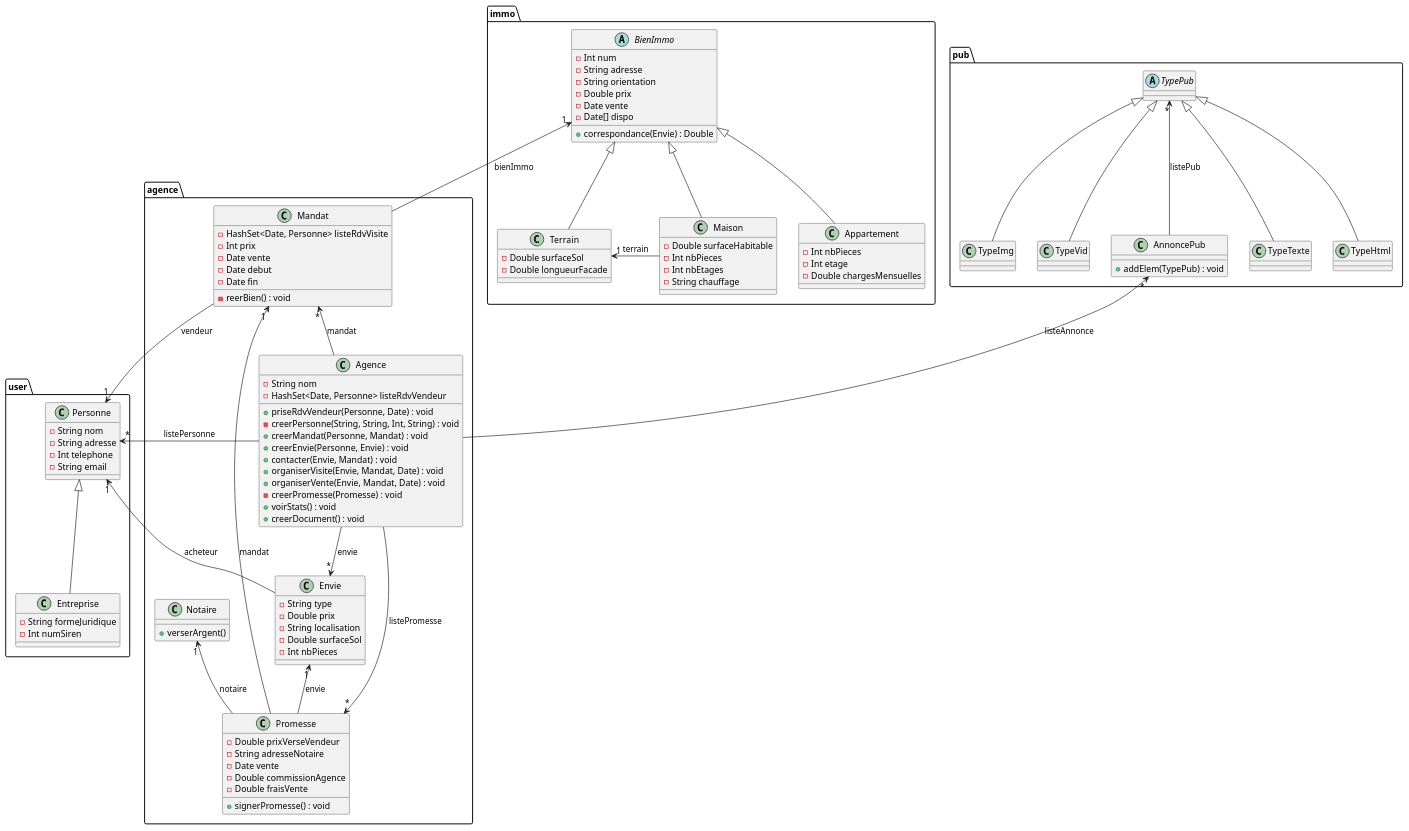
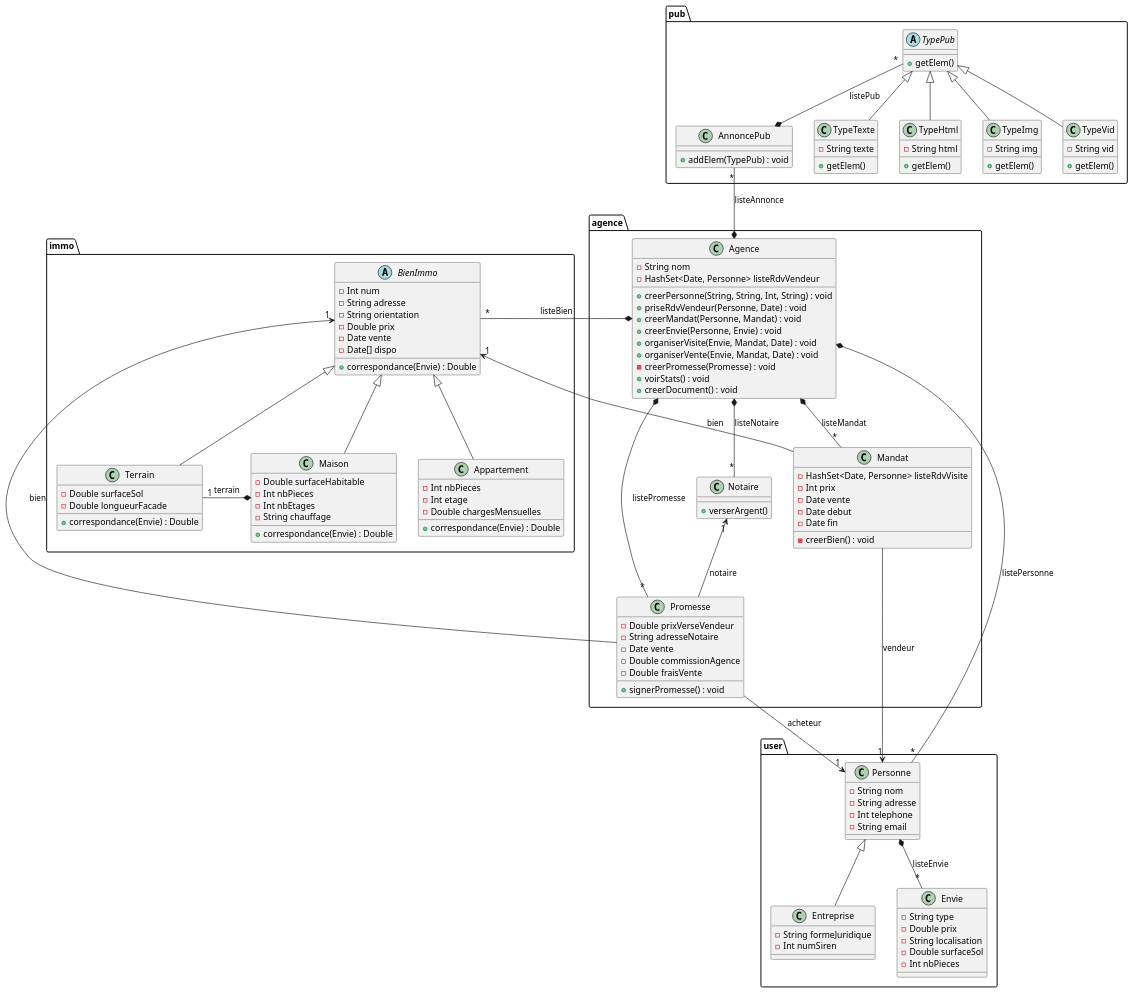
The diagram in DOC/UML/diagClass.plantuml (DenisGuiraudet/MIASHS_UML_PTUT), drawn with PlantUML before and after one commit. The commit also changed 2 other files, not shown here.

Commit message:
UML : class

```diff
--- a/DOC/UML/diagClass.plantuml
+++ b/DOC/UML/diagClass.plantuml
@@ -2,155 +2,168 @@
 @startuml
 
 package user {
 
   class Personne {
     -String nom
     -String adresse
     -Int telephone
     -String email
   }
 
   class Entreprise {
     -String formeJuridique
     -Int numSiren
   }
 
   Entreprise -up-|> Personne
 
-}
-
-package agence {
-
-  class Agence {
-    -String nom
-    -HashSet<Date, Personne> listeRdvVendeur
-    +priseRdvVendeur(Personne, Date) : void
-    -creerPersonne(String, String, Int, String) : void
-    +creerMandat(Personne, Mandat) : void
-    +creerEnvie(Personne, Envie) : void
-    +contacter(Envie, Mandat) : void
-    +organiserVisite(Envie, Mandat, Date) : void
-    +organiserVente(Envie, Mandat, Date) : void
-    -creerPromesse(Promesse) : void
-    +voirStats() : void
-    +creerDocument() : void
-  }
-
-  Personne "*"<-- Agence : "listePersonne"
-
   class Envie {
     -String type
     -Double prix
     -String localisation
     -Double surfaceSol
     -Int nbPieces
   }
 
+  Personne *--"*" Envie : "listeEnvie"
+
+}
+
+package agence {
+
+  class Agence {
+    -String nom
+    -HashSet<Date, Personne> listeRdvVendeur
+    +creerPersonne(String, String, Int, String) : void
+    +priseRdvVendeur(Personne, Date) : void
+    +creerMandat(Personne, Mandat) : void
+    +creerEnvie(Personne, Envie) : void
+    +organiserVisite(Envie, Mandat, Date) : void
+    +organiserVente(Envie, Mandat, Date) : void
+    -creerPromesse(Promesse) : void
+    +voirStats() : void
+    +creerDocument() : void
+  }
+
+  Personne "*"-left-* Agence : "listePersonne"
+
   class Mandat {
     -HashSet<Date, Personne> listeRdvVisite
     -Int prix
     -Date vente
     -Date debut
     -Date fin
-    - reerBien() : void
+    -creerBien() : void
   }
-
-  Agence -up->"*" Mandat : "mandat"
-  Agence -->"*" Envie : "envie"
-
-  Envie -->"1" Personne : "acheteur"
-  Mandat -->"1" Personne : "vendeur"
 
   class Promesse {
     -Double prixVerseVendeur
     -String adresseNotaire
     -Date vente
     -Double commissionAgence
     -Double fraisVente
     +signerPromesse() : void
   }
 
-  Agence -->"*" Promesse : "listePromesse"
-  Mandat "1"<-- Promesse : "mandat"
-  Envie "1"<-- Promesse : "envie"
+  Agence *--"*" Mandat : "listeMandat"
+  Agence *--"*" Promesse : "listePromesse"
+
+  Mandat -->"1" Personne : "vendeur"
+  Promesse -->"1" Personne : "acheteur"
 
   class Notaire {
     +verserArgent()
   }
+
+  Agence *--"*" Notaire : "listeNotaire"
 
   Notaire "1"<-- Promesse : "notaire"
 
 }
 
 package pub {
 
   class AnnoncePub {
     +addElem(TypePub) : void
   }
 
-  AnnoncePub "*"<-- Agence : "listeAnnonce"
-  TypePub "*"<-down- AnnoncePub : "listePub"
+  AnnoncePub "*"--* Agence : "listeAnnonce"
+  TypePub "*"--* AnnoncePub : "listePub"
 
   abstract class TypePub {
+    +getElem()
   }
 
   class TypeTexte {
+    -String texte
+    +getElem()
   }
 
   class TypeHtml {
+    -String html
+    +getElem()
   }
 
   class TypeImg {
+    -String img
+    +getElem()
   }
 
   class TypeVid {
+    -String vid
+    +getElem()
   }
 
   TypeTexte -up-|> TypePub
   TypeHtml -up-|> TypePub
   TypeImg -up-|> TypePub
   TypeVid -up-|> TypePub
 
 }
 
 package immo {
 
   abstract class BienImmo {
     -Int num
     -String adresse
     -String orientation
     -Double prix
     -Date vente
     -Date[] dispo
     +correspondance(Envie) : Double
   }
 
+  BienImmo "*"-left-* Agence : "listeBien"
+  Mandat -up->"1" BienImmo : "bien"
+  Promesse -up->"1" BienImmo : "bien"
+
   class Terrain {
     -Double surfaceSol
     -Double longueurFacade
+    +correspondance(Envie) : Double
   }
 
   class Maison {
     -Double surfaceHabitable
     -Int nbPieces
     -Int nbEtages
     -String chauffage
+    +correspondance(Envie) : Double
   }
 
   class Appartement {
     -Int nbPieces
     -Int etage
     -Double chargesMensuelles
+    +correspondance(Envie) : Double
   }
 
-  BienImmo "1"<-- Mandat : "bienImmo"
+  Appartement -up-|> BienImmo
+  Maison -up-|> BienImmo
+  Terrain -up-|> BienImmo
 
-  Terrain -up-|> BienImmo
-  Maison -up-|> BienImmo
-  Appartement -up-|> BienImmo
-
-  Maison -left->"1" Terrain : "terrain"
+  Maison *-left-"1" Terrain : "terrain"
 
 }
 
 @enduml
```
